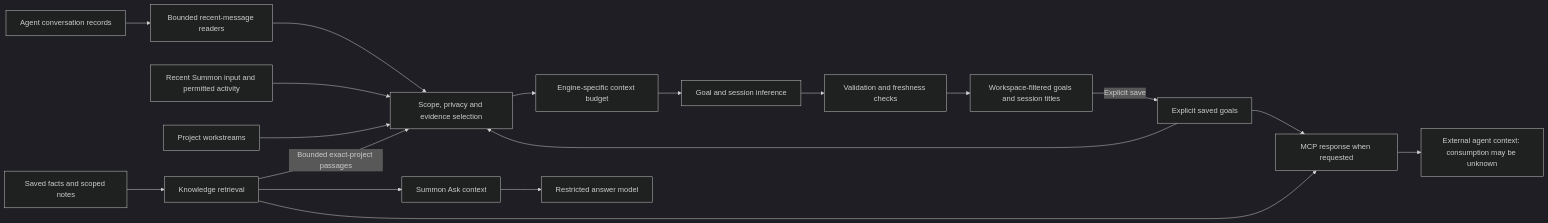
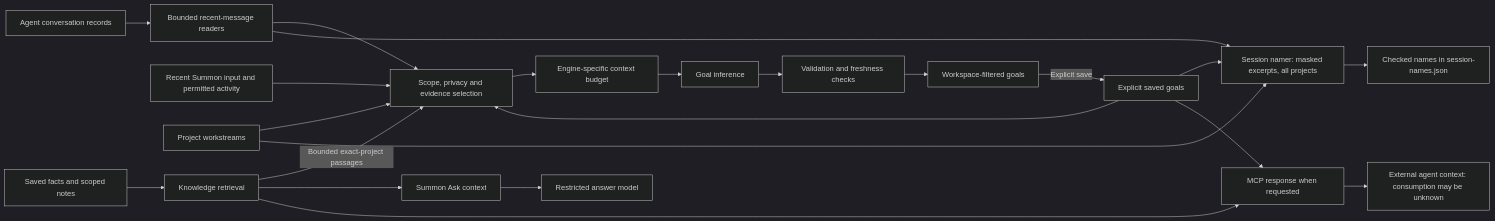
One commit to mctatge/summon changed the diagram in docs/desktop-companion.md. Above: the diagram before and after it, drawn with Mermaid (dark theme). The commit also changed other lines of this file and 43 other files, not shown here.

````diff
--- a/docs/desktop-companion.md
+++ b/docs/desktop-companion.md
@@ -369,20 +370,24 @@
 ```mermaid
 flowchart LR
   S[Agent conversation records] --> R[Bounded recent-message readers]
   R --> P[Scope, privacy and evidence selection]
   G[Explicit saved goals] --> P
   U[Recent Summon input and permitted activity] --> P
   W[Project workstreams] --> P
   P --> B[Engine-specific context budget]
-  B --> M[Goal and session inference]
+  B --> M[Goal inference]
   M --> V[Validation and freshness checks]
-  V --> D[Workspace-filtered goals and session titles]
+  V --> D[Workspace-filtered goals]
+  R --> SN[Session namer: masked excerpts, all projects]
+  G --> SN
+  W --> SN
+  SN --> SS[Checked names in session-names.json]
   D -->|Explicit save| G
   N[Saved facts and scoped notes] --> K[Knowledge retrieval]
   K -->|Bounded exact-project passages| P
   K --> A[Summon Ask context]
   A --> Q[Restricted answer model]
   K --> X[MCP response when requested]
   G --> X
   X --> C[External agent context: consumption may be unknown]
 ```
````
